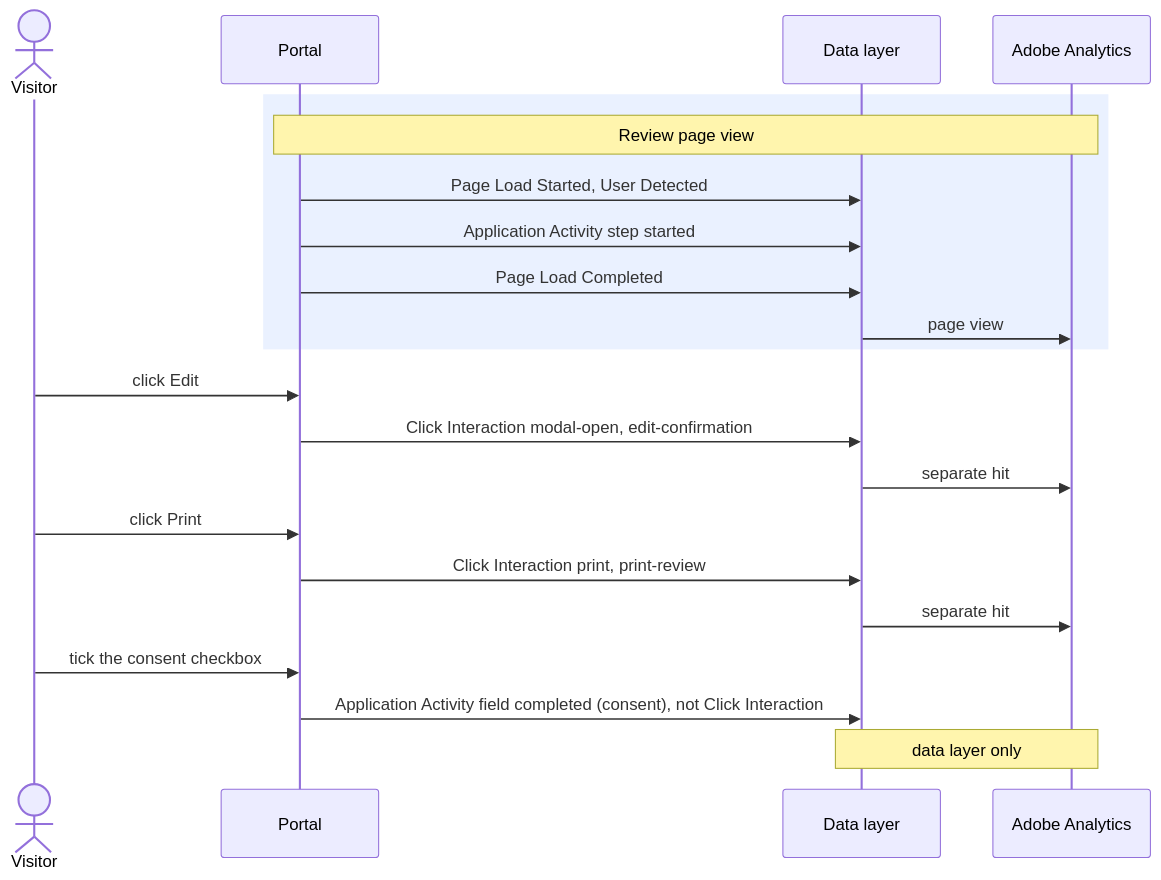
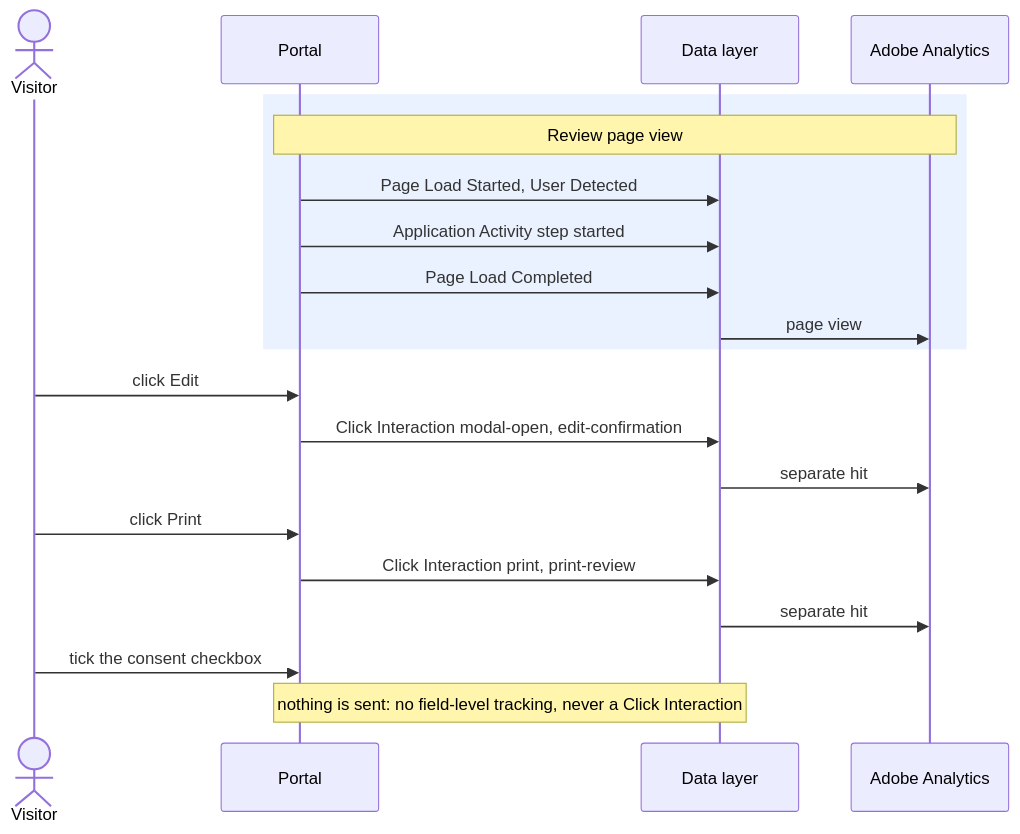
Before and after one commit to further-external/client-nyl-gmad-dl-spec: the diagram in events/click-interaction.md, drawn with Mermaid. The commit also changed other lines of this file and 20 other files, not shown here.

````diff
--- a/events/click-interaction.md
+++ b/events/click-interaction.md
@@ -88,23 +89,22 @@
 ```mermaid
 sequenceDiagram
   actor U as Visitor
   participant UI as Portal
   participant DL as Data layer
   participant AA as Adobe Analytics
   rect rgba(80,140,255,0.12)
     Note over UI,AA: Review page view
     UI->>DL: Page Load Started, User Detected
     UI->>DL: Application Activity step started
     UI->>DL: Page Load Completed
     DL->>AA: page view
   end
   U->>UI: click Edit
   UI->>DL: Click Interaction modal-open, edit-confirmation
   DL->>AA: separate hit
   U->>UI: click Print
   UI->>DL: Click Interaction print, print-review
   DL->>AA: separate hit
   U->>UI: tick the consent checkbox
-  UI->>DL: Application Activity field completed (consent), not Click Interaction
-  Note over DL,AA: data layer only
+  Note over UI,DL: nothing is sent: no field-level tracking, never a Click Interaction
 ```
````
